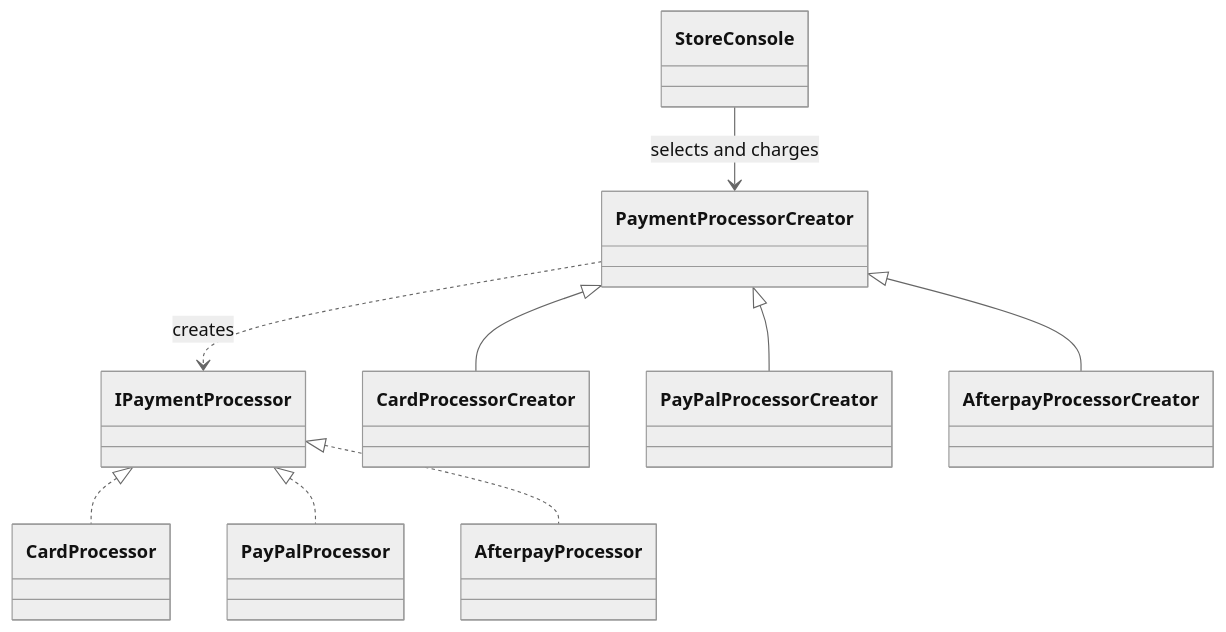
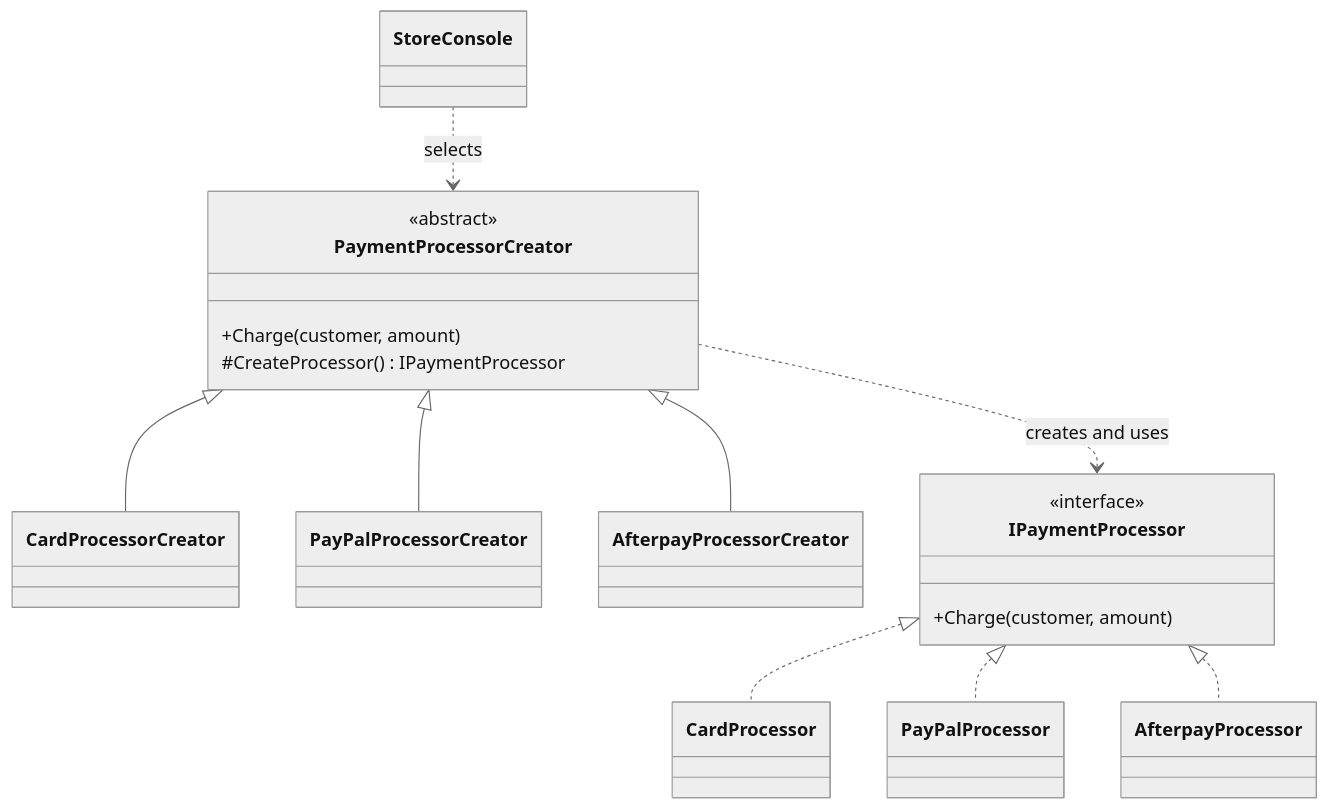
The first of 2 diagrams in patterns/creational/factory-method/README.md (vaughnellis/gang-of-four-in-action), drawn with Mermaid (neutral theme) before and after one commit. The commit also changed other lines of this file and 34 other files, not shown here.

````diff
--- a/patterns/creational/factory-method/README.md
+++ b/patterns/creational/factory-method/README.md
@@ -22,11 +75,28 @@
 ```mermaid
 classDiagram
-	StoreConsole --> PaymentProcessorCreator : selects and charges
-	PaymentProcessorCreator ..> IPaymentProcessor : creates
-	PaymentProcessorCreator <|-- CardProcessorCreator
-	PaymentProcessorCreator <|-- PayPalProcessorCreator
-	PaymentProcessorCreator <|-- AfterpayProcessorCreator
-	IPaymentProcessor <|.. CardProcessor
-	IPaymentProcessor <|.. PayPalProcessor
-	IPaymentProcessor <|.. AfterpayProcessor
+    class StoreConsole
+    class PaymentProcessorCreator {
+        <<abstract>>
+        +Charge(customer, amount)
+        #CreateProcessor() IPaymentProcessor
+    }
+    class CardProcessorCreator
+    class PayPalProcessorCreator
+    class AfterpayProcessorCreator
+    class IPaymentProcessor {
+        <<interface>>
+        +Charge(customer, amount)
+    }
+    class CardProcessor
+    class PayPalProcessor
+    class AfterpayProcessor
+
+    StoreConsole ..> PaymentProcessorCreator : selects
+    PaymentProcessorCreator <|-- CardProcessorCreator
+    PaymentProcessorCreator <|-- PayPalProcessorCreator
+    PaymentProcessorCreator <|-- AfterpayProcessorCreator
+    PaymentProcessorCreator ..> IPaymentProcessor : creates and uses
+    IPaymentProcessor <|.. CardProcessor
+    IPaymentProcessor <|.. PayPalProcessor
+    IPaymentProcessor <|.. AfterpayProcessor
 ```
````
